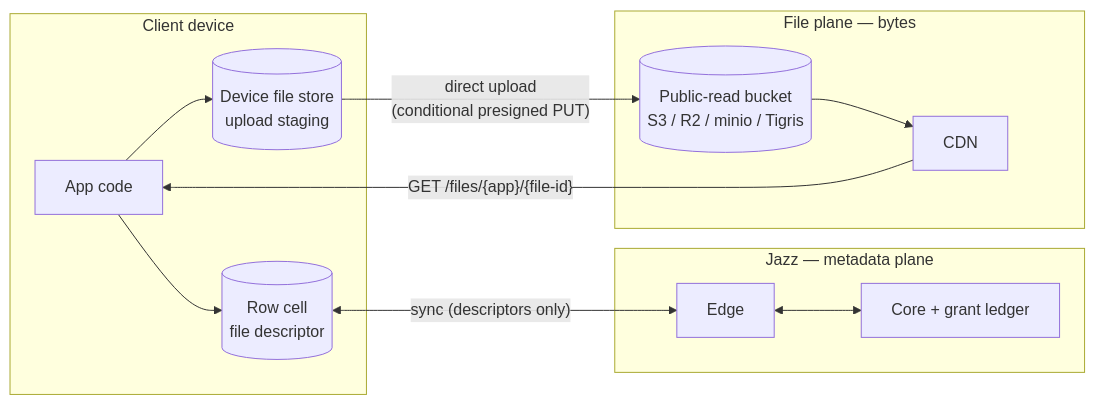
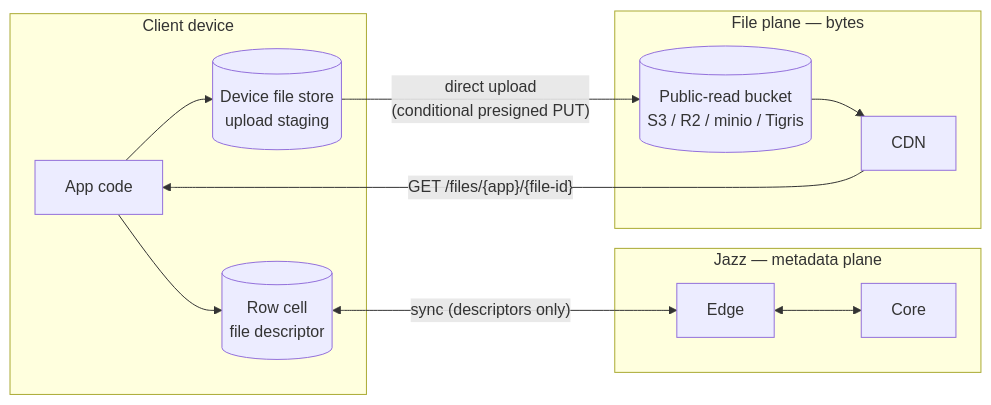
The first of 3 diagrams in docs/superpowers/specs/2026-07-09-files-design-explained.md (garden-co/jazz), drawn with Mermaid before and after one commit. The commit also changed other lines of this file and 5 other files, not shown here.

Commit message:
Resolve grant-ledger ticket: no server-side file-plane state

````diff
--- a/docs/superpowers/specs/2026-07-09-files-design-explained.md
+++ b/docs/superpowers/specs/2026-07-09-files-design-explained.md
@@ -17,20 +17,20 @@
 ```mermaid
 flowchart LR
     subgraph client [Client device]
         app[App code]
         cell[(Row cell\nfile descriptor)]
         staging[(Device file store\nupload staging)]
     end
     subgraph jazz [Jazz — metadata plane]
         edge[Edge]
-        core[Core + grant ledger]
+        core[Core]
     end
     subgraph fileplane [File plane — bytes]
         s3[(Public-read bucket\nS3 / R2 / minio / Tigris)]
         cdn[CDN]
     end
     app --> cell & staging
     cell <-- "sync (descriptors only)" --> edge <--> core
     staging -- "direct upload\n(conditional presigned PUT)" --> s3
     s3 --> cdn -- "GET /files/{app}/{file-id}" --> app
 ```
````
